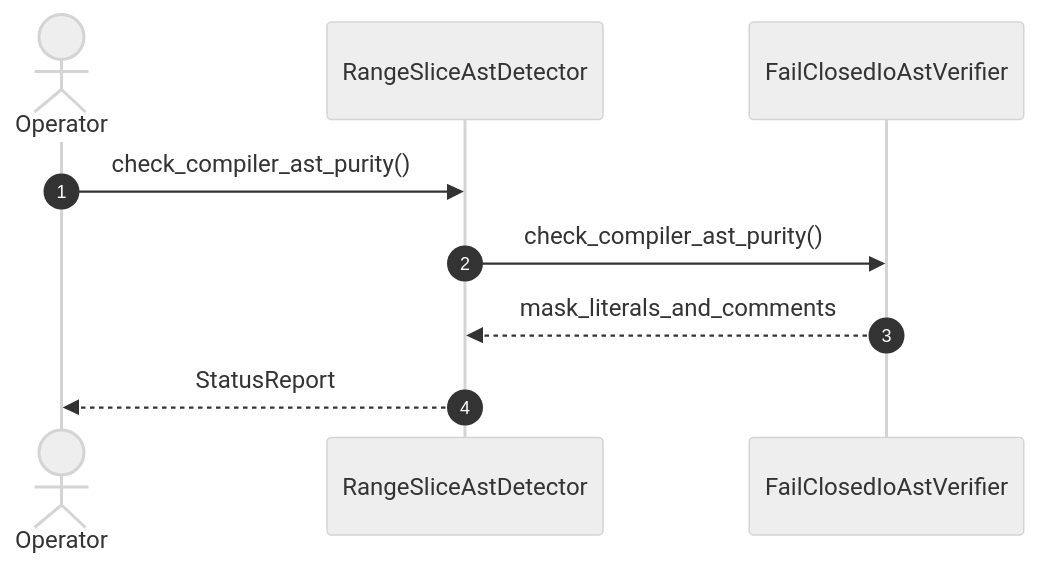
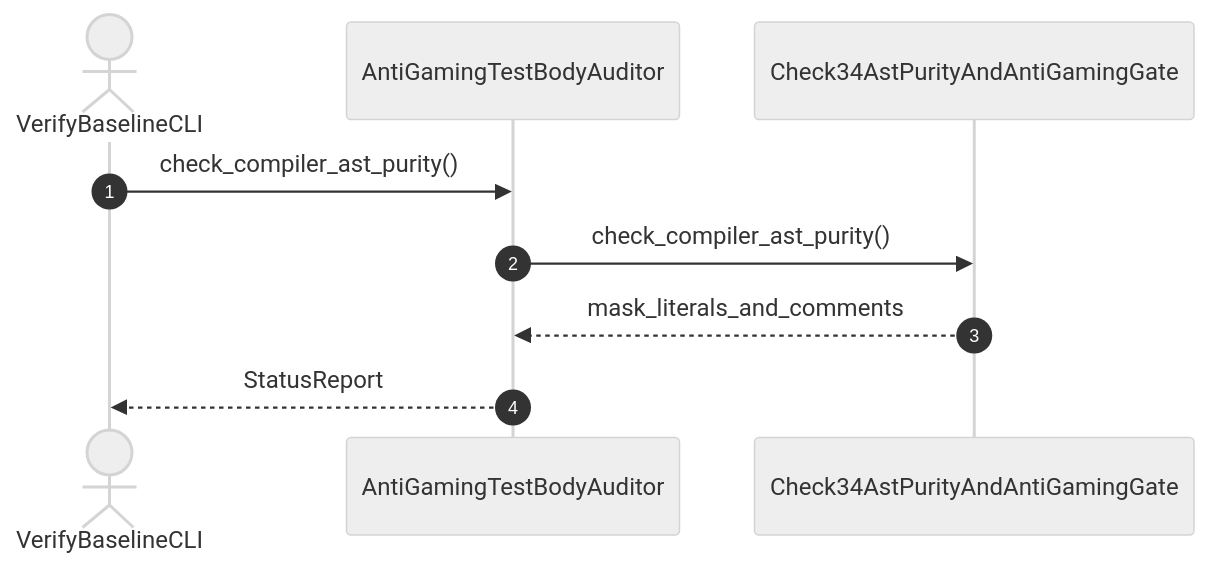
The diagram in .pipeline/upstream/docs/user-stories/US-06-check_compiler_ast_purity.md (gintatkinson/DEAP01-spec-core), drawn with Mermaid (neutral theme) before and after one commit. The commit also changed other lines of this file and 213 other files, not shown here.

````diff
--- a/.pipeline/upstream/docs/user-stories/US-06-check_compiler_ast_purity.md
+++ b/.pipeline/upstream/docs/user-stories/US-06-check_compiler_ast_purity.md
@@ -16,11 +37,11 @@
 ```mermaid
 sequenceDiagram
     autonumber
-    actor Operator
-    participant RangeSliceAstDetector
-    participant FailClosedIoAstVerifier
-    Operator->>RangeSliceAstDetector: check_compiler_ast_purity()
-    RangeSliceAstDetector->>FailClosedIoAstVerifier: check_compiler_ast_purity()
-    FailClosedIoAstVerifier-->>RangeSliceAstDetector: mask_literals_and_comments
-    RangeSliceAstDetector-->>Operator: StatusReport
+    actor VerifyBaselineCLI
+    participant AntiGamingTestBodyAuditor
+    participant Check34AstPurityAndAntiGamingGate
+    VerifyBaselineCLI->>AntiGamingTestBodyAuditor: check_compiler_ast_purity()
+    AntiGamingTestBodyAuditor->>Check34AstPurityAndAntiGamingGate: check_compiler_ast_purity()
+    Check34AstPurityAndAntiGamingGate-->>AntiGamingTestBodyAuditor: mask_literals_and_comments
+    AntiGamingTestBodyAuditor-->>VerifyBaselineCLI: StatusReport
 ```
````
